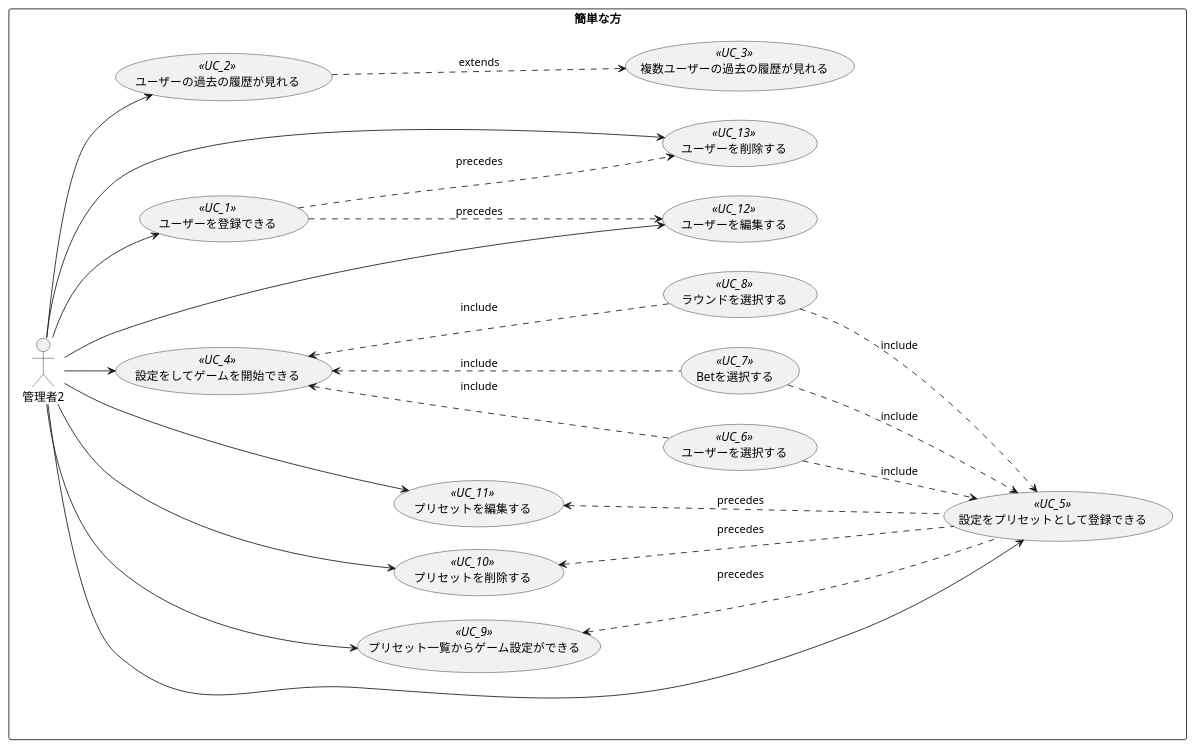
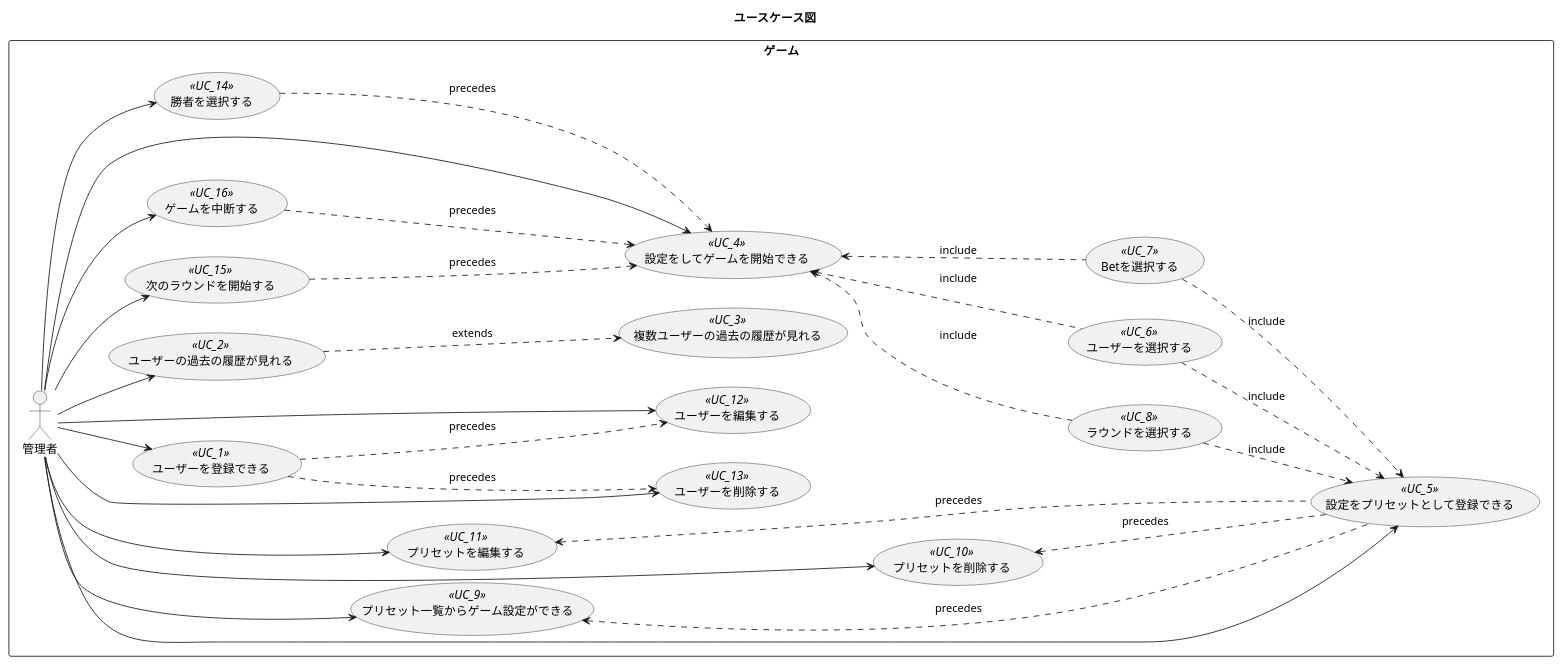
The diagram in use_case_diagram.pu (yuki-miraito/uml_practice), drawn with PlantUML before and after one commit. The commit also changed 1 other file, not shown here.

Commit message:
fix: ユースケース図 (ver3)

```diff
--- a/use_case_diagram.pu
+++ b/use_case_diagram.pu
@@ -1,44 +1,54 @@
 @startuml ユースケース
 
+title ユースケース図
 left to right direction
 
-rectangle 簡単な方 {
+rectangle ゲーム {
   (ユーザーを登録できる) <<UC_1>> as UC_1
   (ユーザーを編集する) <<UC_12>> as UC_12
   (ユーザーを削除する) <<UC_13>> as UC_13
   (ユーザーの過去の履歴が見れる) <<UC_2>> as UC_2
   (複数ユーザーの過去の履歴が見れる) <<UC_3>> as UC_3
   (設定をしてゲームを開始できる) <<UC_4>> as UC_4
   (設定をプリセットとして登録できる) <<UC_5>> as UC_5
   (プリセット一覧からゲーム設定ができる) <<UC_9>> as UC_9
   (プリセットを削除する) <<UC_10>> as UC_10
   (プリセットを編集する) <<UC_11>> as UC_11
   (ユーザーを選択する) <<UC_6>> as UC_6
   (Betを選択する) <<UC_7>> as UC_7
   (ラウンドを選択する) <<UC_8>> as UC_8
+  (勝者を選択する) <<UC_14>> as UC_14
+  (次のラウンドを開始する) <<UC_15>> as UC_15
+  (ゲームを中断する) <<UC_16>> as UC_16
 
-  管理者2 --> UC_1
-  管理者2 --> UC_12
-  管理者2 --> UC_13
-  管理者2 --> UC_2
-  管理者2 --> UC_4
-  管理者2 -> UC_5
-  管理者2 --> UC_9
-  管理者2 --> UC_10
-  管理者2 --> UC_11
+  管理者 --> UC_1
+  管理者 --> UC_12
+  管理者 --> UC_13
+  管理者 --> UC_2
+  管理者 --> UC_4
+  管理者 -> UC_5
+  管理者 --> UC_9
+  管理者 --> UC_10
+  管理者 --> UC_11
+  管理者 --> UC_14
+  管理者 --> UC_15
+  管理者 --> UC_16
 
-  UC_1 ..> UC_12 : precedes
-  UC_1 ..> UC_13 : precedes
-  UC_2 ..> UC_3 : extends
-  UC_6 .up.> UC_4 : include
-  UC_7 .up.> UC_4 : include
-  UC_8 .up.> UC_4 : include
-  UC_6 .down.> UC_5 : include
-  UC_7 .down.> UC_5 : include
-  UC_8 .down.> UC_5 : include
-  UC_5 .up.> UC_11 : precedes
-  UC_5 .up.> UC_10 : precedes
-  UC_5 .up.> UC_9 : precedes
+  UC_1 ..> UC_12: precedes
+  UC_1 ..> UC_13: precedes
+  UC_2 ..> UC_3: extends
+  UC_6 .up.> UC_4: include
+  UC_7 .up.> UC_4: include
+  UC_8 .up.> UC_4: include
+  UC_6 .down.> UC_5: include
+  UC_7 .down.> UC_5: include
+  UC_8 .down.> UC_5: include
+  UC_5 .up.> UC_11: precedes
+  UC_5 .up.> UC_10: precedes
+  UC_5 .up.> UC_9: precedes
+  UC_14 ..> UC_4: precedes
+  UC_15 ..> UC_4: precedes
+  UC_16 ..> UC_4: precedes
 }
 
 @enduml
```
